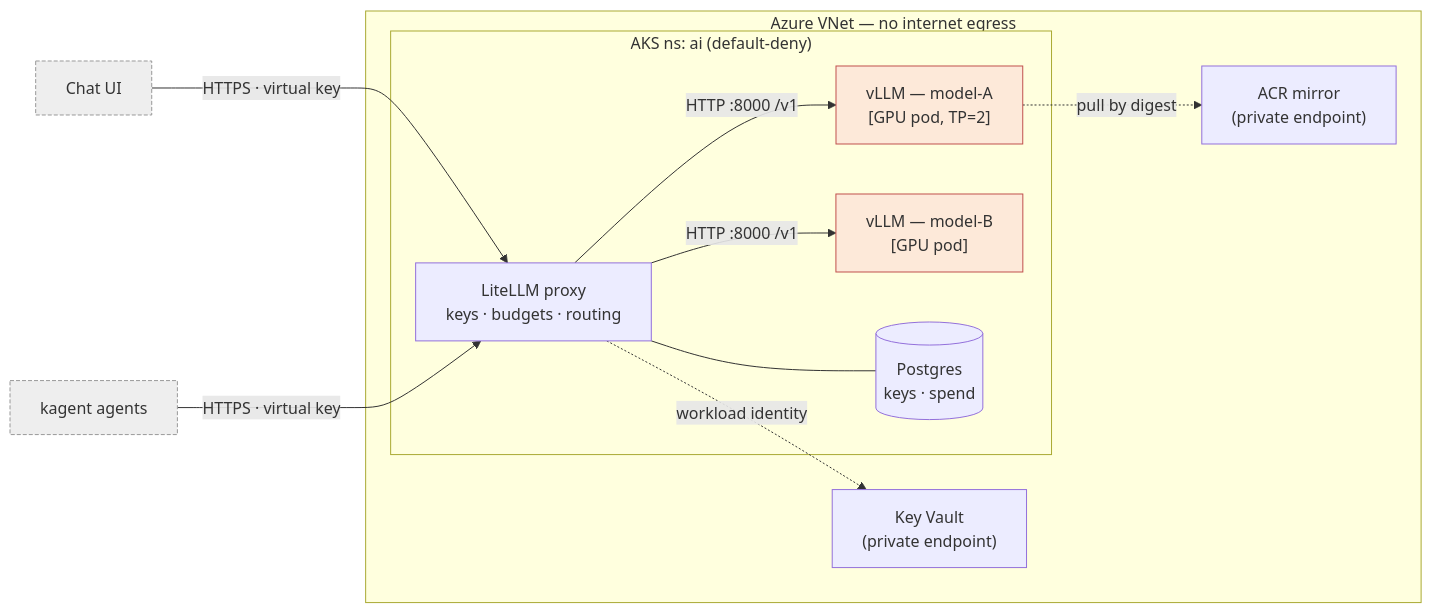
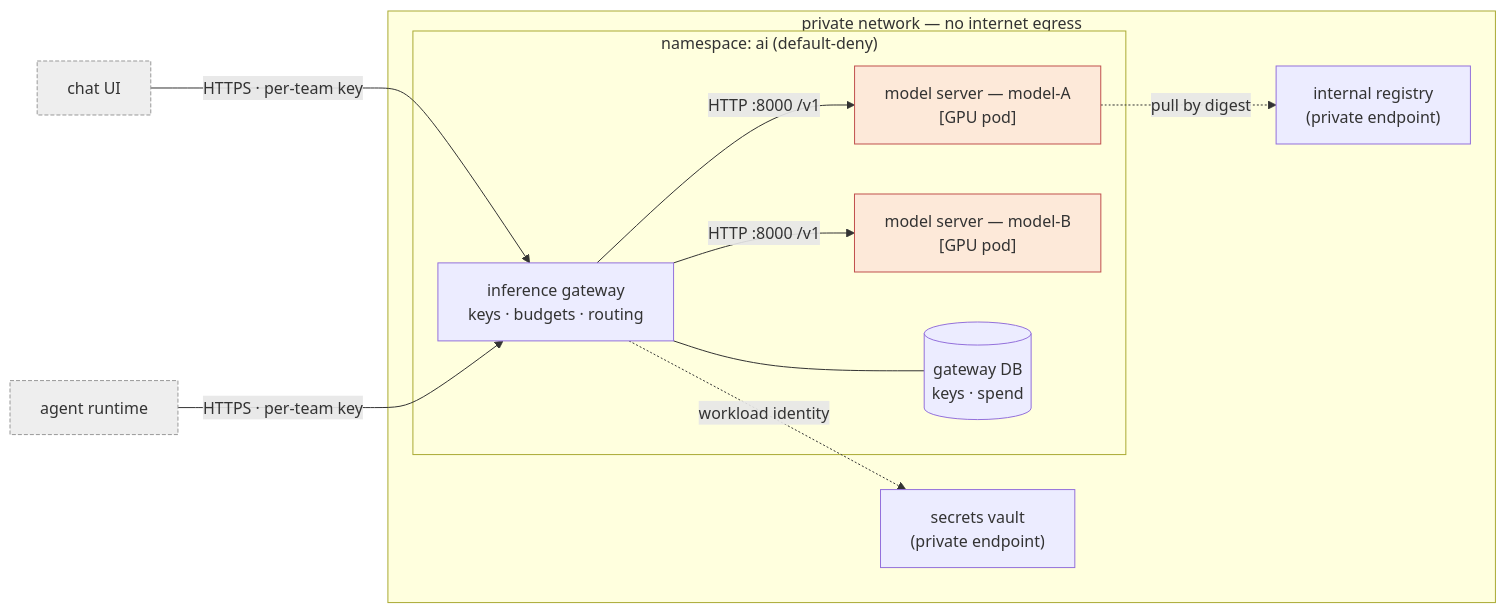
One commit to KSriki/agent-harness-template changed the first of 3 diagrams in skills/architecture-diagrams/SKILL.md. Above: the diagram before and after it, drawn with Mermaid. The commit also changed other lines of this file and 41 other files, not shown here.

````diff
--- a/skills/architecture-diagrams/SKILL.md
+++ b/skills/architecture-diagrams/SKILL.md
@@ -76,22 +76,22 @@
 ```mermaid
 flowchart LR
   classDef ext fill:#eee,stroke:#999,stroke-dasharray: 4 2
   classDef gpu fill:#fde9d9,stroke:#c0504d
-  subgraph vnet ["Azure VNet — no internet egress"]
-    subgraph ns ["AKS ns: ai (default-deny)"]
-      LL["LiteLLM proxy<br/>keys · budgets · routing"]
-      V1["vLLM — model-A<br/>[GPU pod, TP=2]"]:::gpu
-      V2["vLLM — model-B<br/>[GPU pod]"]:::gpu
-      PG[("Postgres<br/>keys · spend")]
+  subgraph net ["private network — no internet egress"]
+    subgraph ns ["namespace: ai (default-deny)"]
+      GW["inference gateway<br/>keys · budgets · routing"]
+      M1["model server — model-A<br/>[GPU pod]"]:::gpu
+      M2["model server — model-B<br/>[GPU pod]"]:::gpu
+      DB[("gateway DB<br/>keys · spend")]
     end
-    KV["Key Vault<br/>(private endpoint)"]
-    ACR["ACR mirror<br/>(private endpoint)"]
+    KV["secrets vault<br/>(private endpoint)"]
+    REG["internal registry<br/>(private endpoint)"]
   end
-  UI["Chat UI"]:::ext --> |HTTPS · virtual key| LL
-  AG["kagent agents"]:::ext --> |HTTPS · virtual key| LL
-  LL --> |HTTP :8000 /v1| V1
-  LL --> |HTTP :8000 /v1| V2
-  LL --- PG
-  LL -.-> |workload identity| KV
-  V1 -.-> |pull by digest| ACR
+  UI["chat UI"]:::ext --> |HTTPS · per-team key| GW
+  AG["agent runtime"]:::ext --> |HTTPS · per-team key| GW
+  GW --> |HTTP :8000 /v1| M1
+  GW --> |HTTP :8000 /v1| M2
+  GW --- DB
+  GW -.-> |workload identity| KV
+  M1 -.-> |pull by digest| REG
 ```
````
